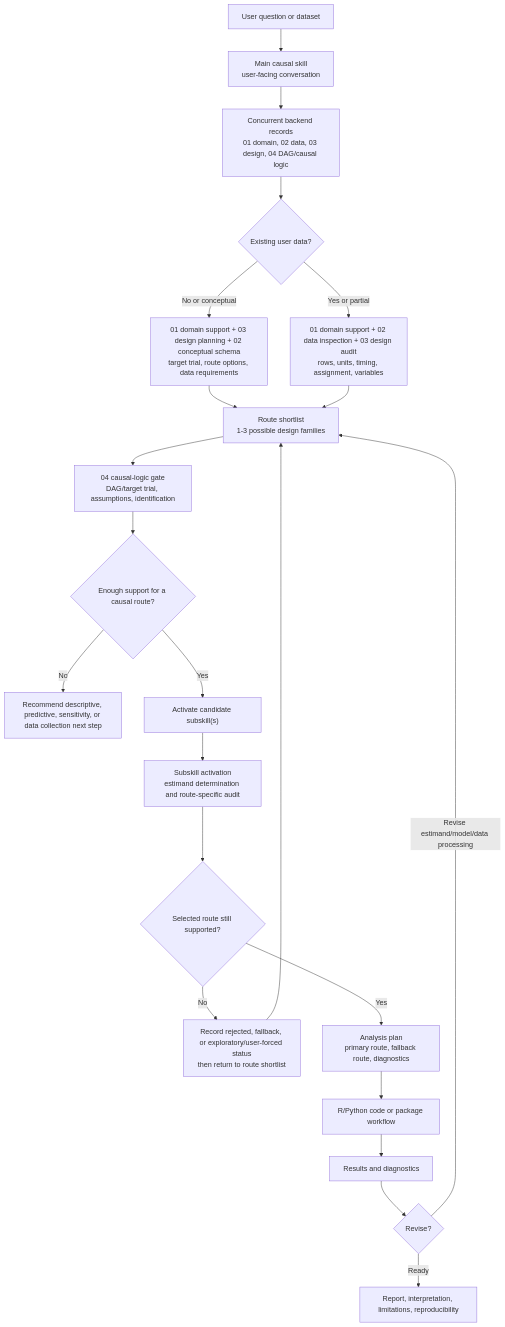
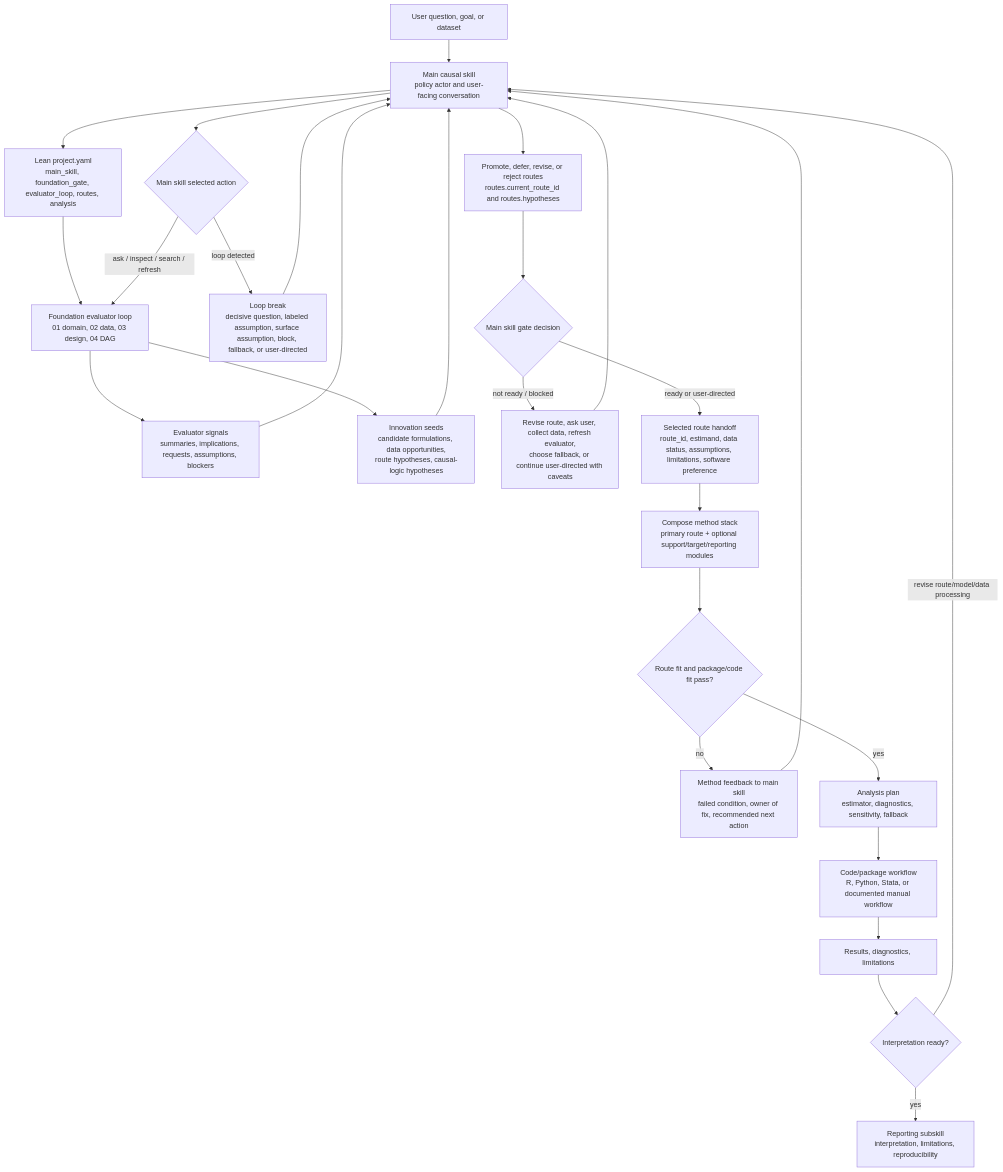
The diagram in assets/workflow-mermaid.md (rqzhu-aide/causal-consultant), drawn with Mermaid before and after one commit. The commit also changed other lines of this file and 42 other files, not shown here.

Commit message:
Refactor causal skills workflow architecture

````diff
--- a/assets/workflow-mermaid.md
+++ b/assets/workflow-mermaid.md
@@ -5,24 +5,33 @@
 ```mermaid
 flowchart TB
-    U["User question or dataset"] --> M["Main causal skill<br/>user-facing conversation"]
-    M --> F["Concurrent backend records<br/>01 domain, 02 data, 03 design, 04 DAG/causal logic"]
-    F --> H{"Existing user data?"}
-    H -->|No or conceptual| PD["01 domain support + 03 design planning + 02 conceptual schema<br/>target trial, route options, data requirements"]
-    PD --> R["Route shortlist<br/>1-3 possible design families"]
-    H -->|Yes or partial| DS["01 domain support + 02 data inspection + 03 design audit<br/>rows, units, timing, assignment, variables"]
-    DS --> R["Route shortlist<br/>1-3 possible design families"]
-    R --> C["04 causal-logic gate<br/>DAG/target trial, assumptions, identification"]
-    C --> D{"Enough support for a causal route?"}
-    D -->|No| ALT["Recommend descriptive, predictive, sensitivity, or data collection next step"]
-    D -->|Yes| S["Activate candidate subskill(s)"]
-    S --> E["Subskill activation<br/>estimand determination and route-specific audit"]
-    E --> SD{"Selected route still supported?"}
-    SD -->|No| RO["Record rejected, fallback, or exploratory/user-forced status<br/>then return to route shortlist"]
-    RO --> R
-    SD -->|Yes| P["Analysis plan<br/>primary route, fallback route, diagnostics"]
-    P --> CODE["R/Python code or package workflow"]
-    CODE --> RES["Results and diagnostics"]
-    RES --> ITER{"Revise?"}
-    ITER -->|Revise estimand/model/data processing| R
-    ITER -->|Ready| REP["Report, interpretation, limitations, reproducibility"]
+    U["User question, goal, or dataset"] --> M["Main causal skill<br/>policy actor and user-facing conversation"]
+    M --> Y["Lean project.yaml<br/>main_skill, foundation_gate, evaluator_loop, routes, analysis"]
+
+    Y --> E["Foundation evaluator loop<br/>01 domain, 02 data, 03 design, 04 DAG"]
+    E --> S["Evaluator signals<br/>summaries, implications, requests, assumptions, blockers"]
+    S --> M
+    E --> I["Innovation seeds<br/>candidate formulations, data opportunities,<br/>route hypotheses, causal-logic hypotheses"]
+    I --> M
+
+    M --> A{"Main skill selected action"}
+    A -->|"ask / inspect / search / refresh"| E
+    A -->|"loop detected"| LB["Loop break<br/>decisive question, labeled assumption, surface assumption, block, fallback, or user-directed"]
+    LB --> M
+
+    M --> RT["Promote, defer, revise, or reject routes<br/>routes.current_route_id and routes.hypotheses"]
+    RT --> G{"Main skill gate decision"}
+    G -->|"not ready / blocked"| ALT["Revise route, ask user, collect data, refresh evaluator,<br/>choose fallback, or continue user-directed with caveats"]
+    ALT --> M
+    G -->|"ready or user-directed"| R["Selected route handoff<br/>route_id, estimand, data status, assumptions, limitations, software preference"]
+
+    R --> MS["Compose method stack<br/>primary route + optional support/target/reporting modules"]
+    MS --> PF{"Route fit and package/code fit pass?"}
+    PF -->|"no"| FB["Method feedback to main skill<br/>failed condition, owner of fix, recommended next action"]
+    FB --> M
+    PF -->|"yes"| PLAN["Analysis plan<br/>estimator, diagnostics, sensitivity, fallback"]
+    PLAN --> CODE["Code/package workflow<br/>R, Python, Stata, or documented manual workflow"]
+    CODE --> RES["Results, diagnostics, limitations"]
+    RES --> OK{"Interpretation ready?"}
+    OK -->|"revise route/model/data processing"| M
+    OK -->|"yes"| REP["Reporting subskill<br/>interpretation, limitations, reproducibility"]
 ```
````
